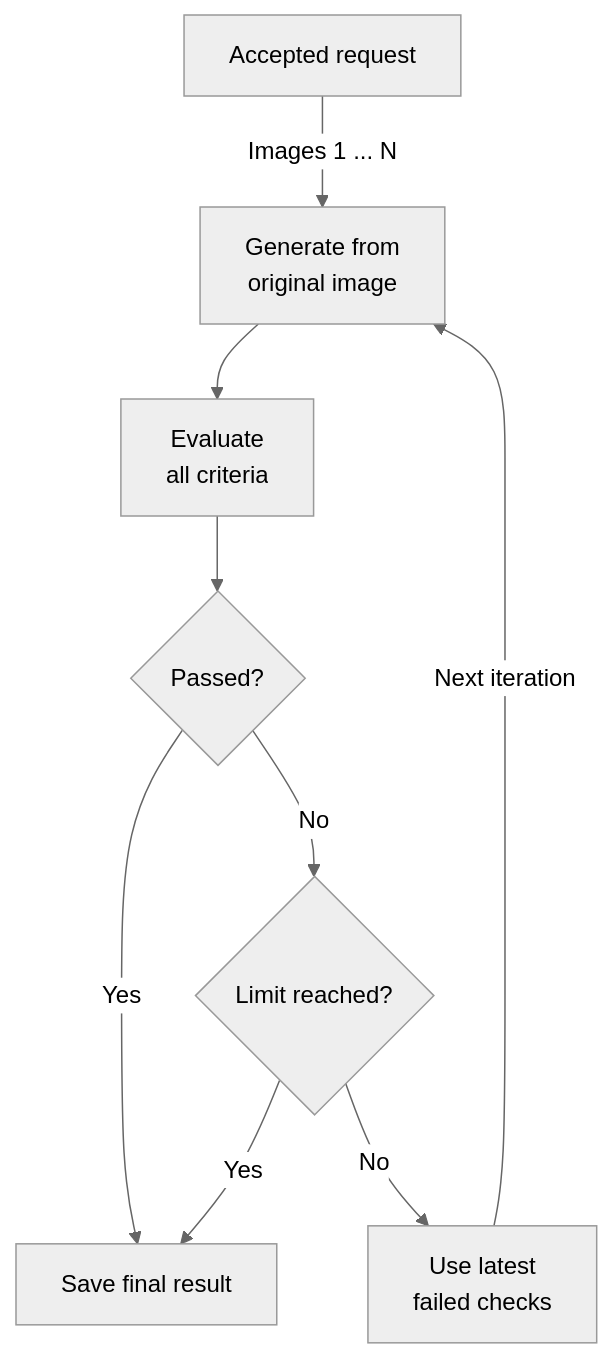
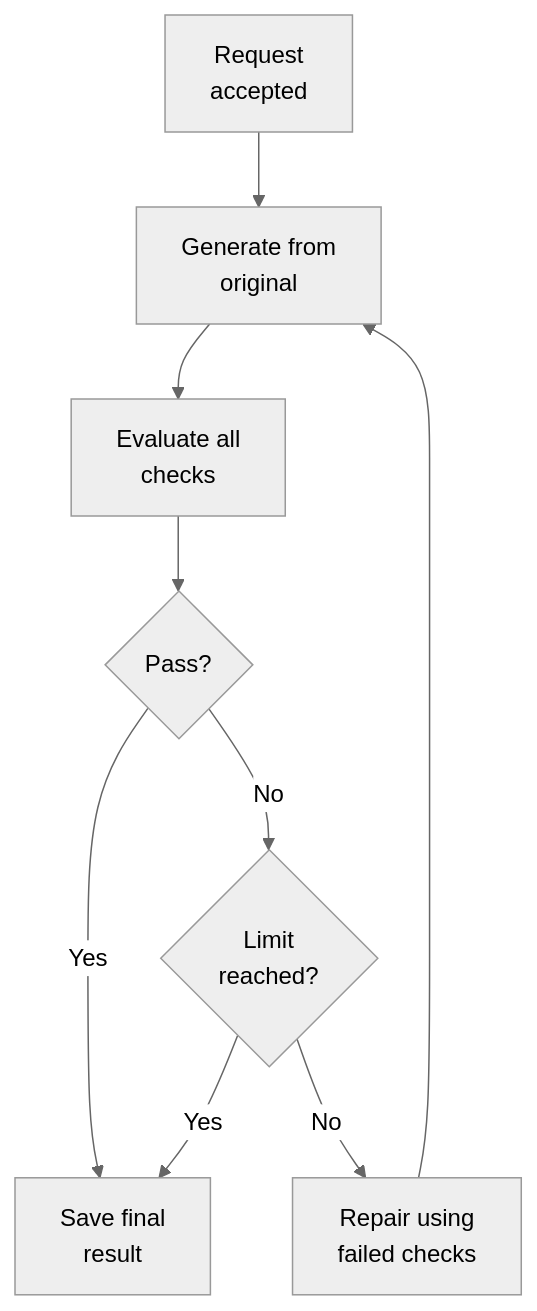
Before and after one commit to JohanDybkjaer/neurons_mvp: the diagram in DESIGN.md, drawn with Mermaid (neutral theme). The commit also changed other lines of this file and 8 other files, not shown here.

````diff
--- a/DESIGN.md
+++ b/DESIGN.md
@@ -194,11 +12,11 @@
 ```mermaid
 flowchart TD
-    A["Accepted request"] -->|"Images 1 ... N"| G["Generate from<br/>original image"]
-    G --> E["Evaluate<br/>all criteria"]
-    E --> P{"Passed?"}
-    P -->|Yes| D["Save final result"]
-    P -->|No| L{"Limit reached?"}
+    A[Request<br/>accepted] --> G[Generate from<br/>original]
+    G --> E[Evaluate all<br/>checks]
+    E --> P{Pass?}
+    P -->|Yes| D[Save final<br/>result]
+    P -->|No| L{Limit<br/>reached?}
     L -->|Yes| D
-    L -->|No| F["Use latest<br/>failed checks"]
-    F -->|"Next iteration"| G
+    L -->|No| F[Repair using<br/>failed checks]
+    F --> G
 ```
````
